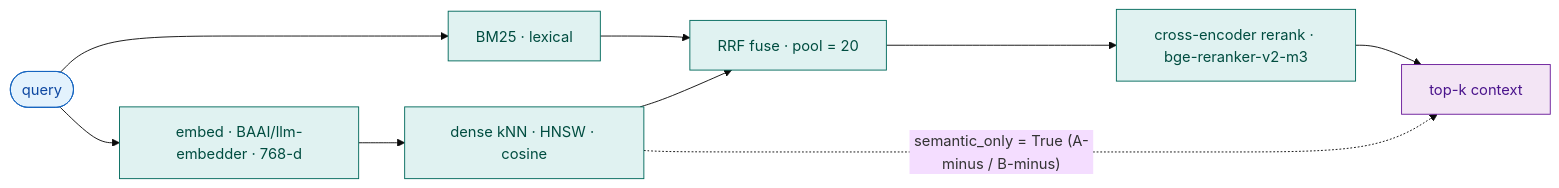
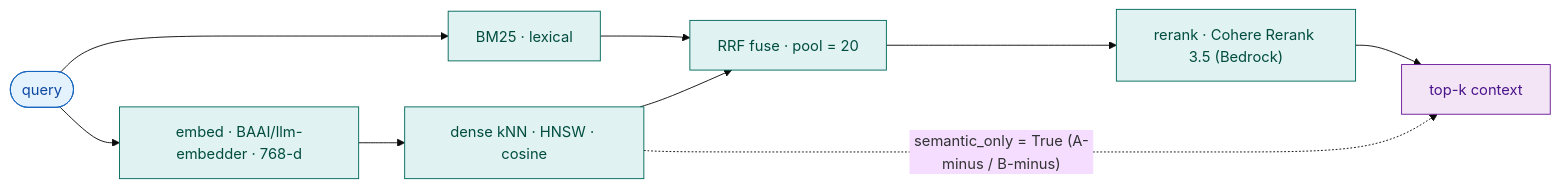
One commit to rudramansoomirtee-ctrl/rag-benchmark changed the sixth of 7 diagrams in thesis/chapter3_methodology.md. Above: the diagram before and after it, drawn with Mermaid (base theme). The commit also changed other lines of this file and 3 other files, not shown here.

First line of the commit message:
Reranker: Cohere Rerank 3.5 (bedrock-cohere) as the standard, not local

````diff
--- a/thesis/chapter3_methodology.md
+++ b/thesis/chapter3_methodology.md
@@ -273,14 +274,14 @@
 ```mermaid
 flowchart LR
     q(["query"]):::data --> EMB["embed · BAAI/llm-embedder · 768-d"]:::step
     q --> BM["BM25 · lexical"]:::step
     EMB --> KNN["dense kNN · HNSW · cosine"]:::step
     BM --> RRF["RRF fuse · pool = 20"]:::step
     KNN --> RRF
-    RRF --> RR["cross-encoder rerank · bge-reranker-v2-m3"]:::step
+    RRF --> RR["rerank · Cohere Rerank 3.5 (Bedrock)"]:::step
     RR --> TK["top-k context"]:::out
     KNN -. "semantic_only = True (A-minus / B-minus)" .-> TK
     classDef data fill:#e3f2fd,stroke:#1565c0,color:#0d47a1
     classDef step fill:#e0f2f1,stroke:#00695c,color:#004d40
     classDef out fill:#f3e5f5,stroke:#6a1b9a,color:#4a148c
 ```
````
